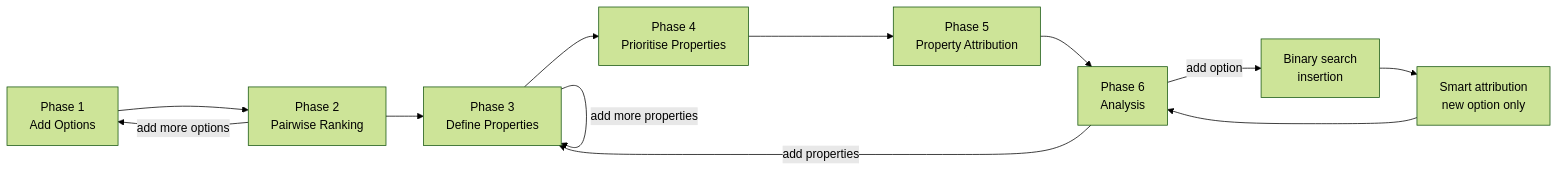
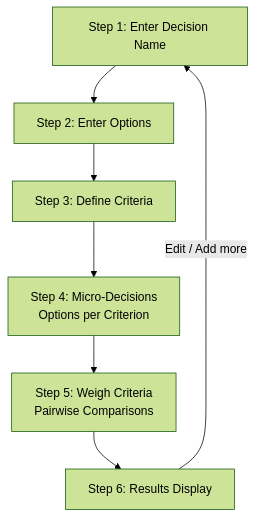
One commit to mesw/DecisionHelper changed the diagram in PAPER_PROTOTYPE.md. Above: the diagram before and after it, drawn with Mermaid (forest theme). The commit also changed other lines of this file and 54 other files, not shown here.

````diff
--- a/PAPER_PROTOTYPE.md
+++ b/PAPER_PROTOTYPE.md
@@ -9,14 +9,9 @@
 ```mermaid
-flowchart LR
-    A[Phase 1\nAdd Options] --> B[Phase 2\nPairwise Ranking]
-    B --> C[Phase 3\nDefine Properties]
-    C --> D[Phase 4\nPrioritise Properties]
-    D --> E[Phase 5\nProperty Attribution]
-    E --> F[Phase 6\nAnalysis]
-    B -->|add more options| A
-    C -->|add more properties| C
-    F -->|add properties| C
-    F -->|add option| B2[Binary search\ninsertion]
-    B2 --> E2[Smart attribution\nnew option only]
-    E2 --> F
+flowchart TD
+    A[Step 1: Enter Decision Name] --> B[Step 2: Enter Options]
+    B --> C[Step 3: Define Criteria]
+    C --> D[Step 4: Micro-Decisions\nOptions per Criterion]
+    D --> E[Step 5: Weigh Criteria\nPairwise Comparisons]
+    E --> F[Step 6: Results Display]
+    F -->|Edit / Add more| A
 ```
````
